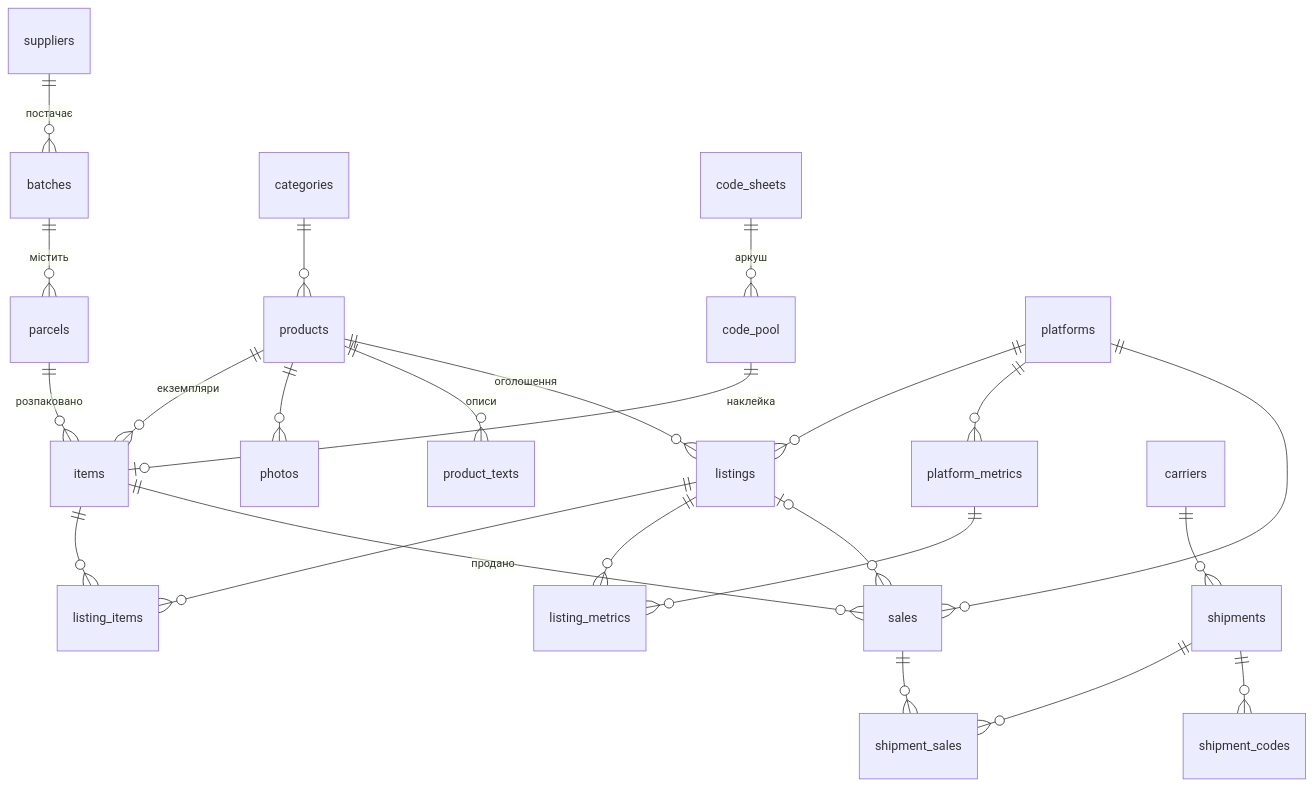
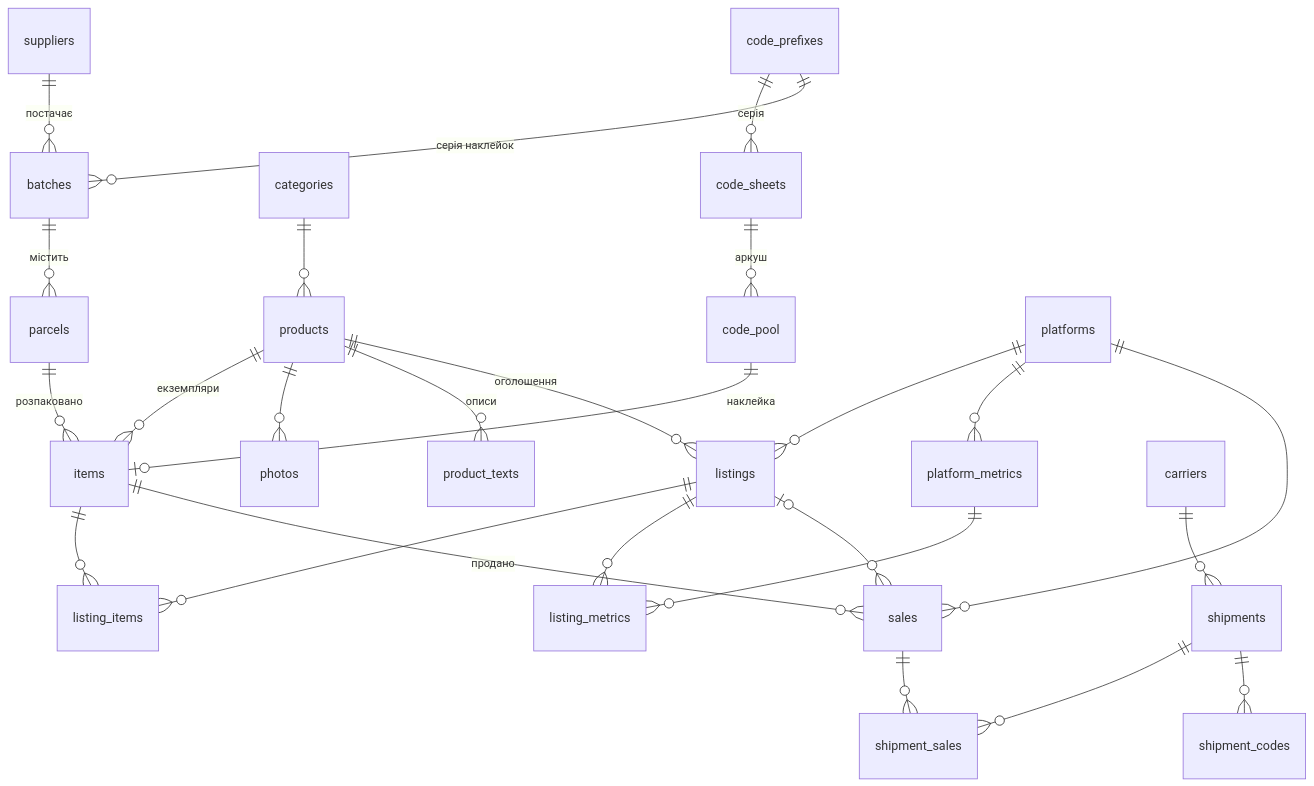
One commit to oidesign-base/ki-base changed the diagram in db/SCHEMA.md. Above: the diagram before and after it, drawn with Mermaid. The commit also changed other lines of this file and 10 other files, not shown here.

First line of the commit message:
Add label code prefixes

````diff
--- a/db/SCHEMA.md
+++ b/db/SCHEMA.md
@@ -32,26 +33,28 @@
 ```mermaid
 erDiagram
     suppliers ||--o{ batches : "постачає"
     batches ||--o{ parcels : "містить"
     parcels ||--o{ items : "розпаковано"
     categories ||--o{ products : ""
     products ||--o{ items : "екземпляри"
     products ||--o{ photos : ""
     products ||--o{ product_texts : "описи"
     products ||--o{ listings : "оголошення"
+    code_prefixes ||--o{ code_sheets : "серія"
+    code_prefixes ||--o{ batches : "серія наклейок"
     code_sheets ||--o{ code_pool : "аркуш"
     code_pool ||--o| items : "наклейка"
     platforms ||--o{ listings : ""
     platforms ||--o{ platform_metrics : ""
     listings ||--o{ listing_items : ""
     items ||--o{ listing_items : ""
     listings ||--o{ listing_metrics : ""
     platform_metrics ||--o{ listing_metrics : ""
     items ||--o{ sales : "продано"
     listings |o--o{ sales : ""
     platforms ||--o{ sales : ""
     sales ||--o{ shipment_sales : ""
     shipments ||--o{ shipment_sales : ""
     carriers ||--o{ shipments : ""
     shipments ||--o{ shipment_codes : ""
 ```
````
